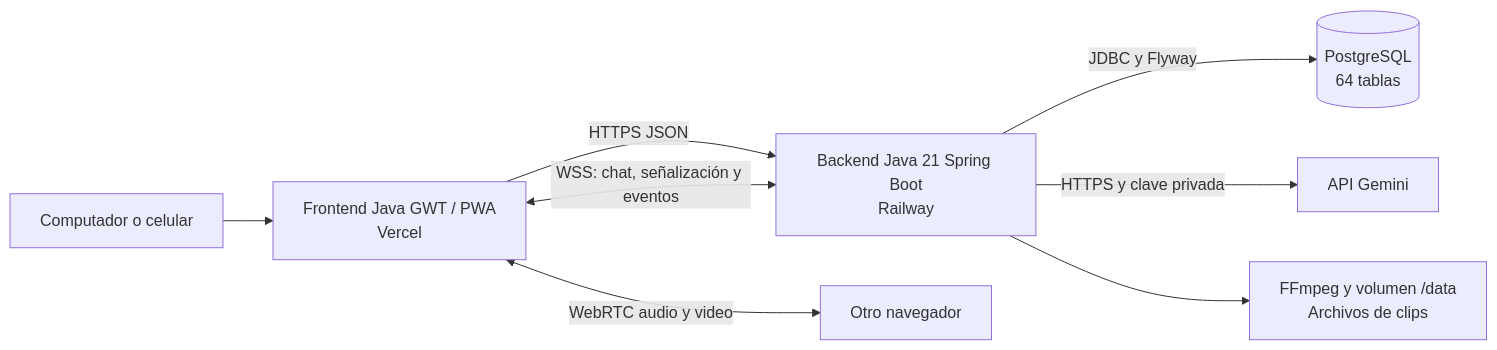
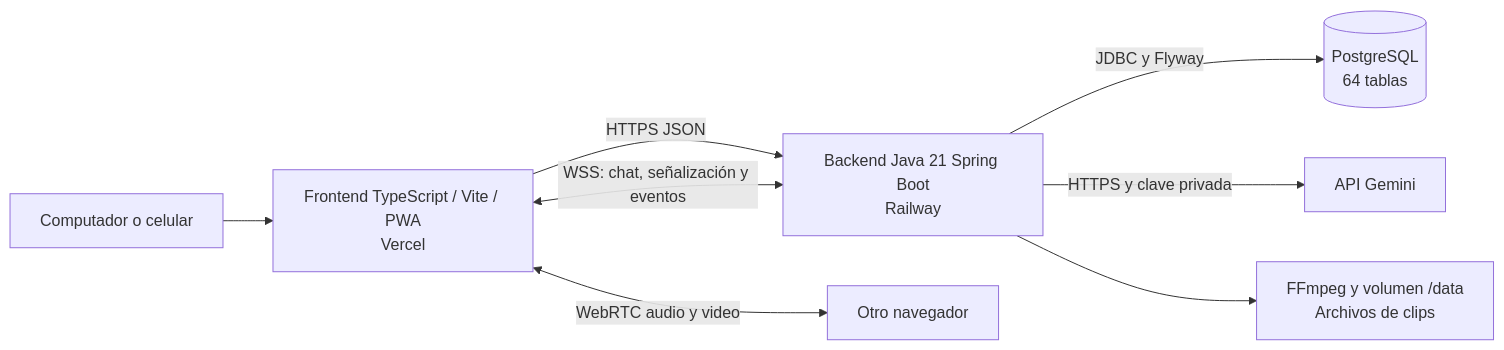
One commit to samuelvallejo/Proyecto-final-patrones-de-software changed the first of 2 diagrams in docs/ARQUITECTURA.md. Above: the diagram before and after it, drawn with Mermaid. The commit also changed other lines of this file and 52 other files, not shown here.

Commit message:
Migrate StreamGuard frontend to strict TypeScript and Vite

````diff
--- a/docs/ARQUITECTURA.md
+++ b/docs/ARQUITECTURA.md
@@ -5,10 +5,10 @@
 ```mermaid
 flowchart LR
-    U[Computador o celular] --> F[Frontend Java GWT / PWA\nVercel]
+    U[Computador o celular] --> F[Frontend TypeScript / Vite / PWA\nVercel]
     F -->|HTTPS JSON| B[Backend Java 21 Spring Boot\nRailway]
     F <-->|WSS: chat, señalización y eventos| B
     B -->|JDBC y Flyway| D[(PostgreSQL\n64 tablas)]
     B -->|HTTPS y clave privada| G[API Gemini]
     B --> M[FFmpeg y volumen /data\nArchivos de clips]
     F <-->|WebRTC audio y video| V[Otro navegador]
 ```
````
